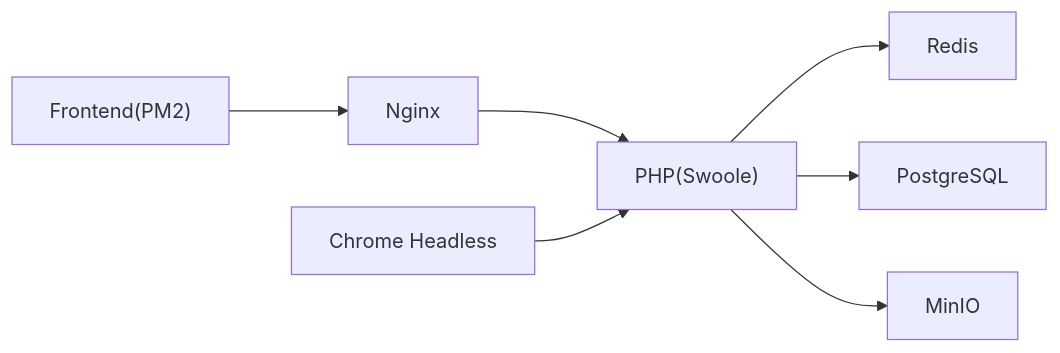
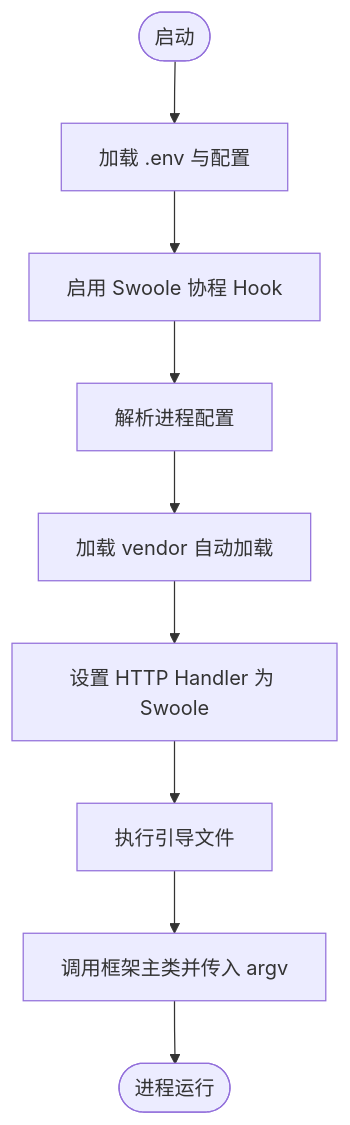
One commit to sxlianlinbin/process_rules changed the third of 3 diagrams in repowiki/zh/content/快速开始.md. Above: the diagram before and after it, drawn with Mermaid. The commit also changed other lines of this file and 207 other files, not shown here.

````diff
--- a/repowiki/zh/content/快速开始.md
+++ b/repowiki/zh/content/快速开始.md
@@ -227,9 +210,11 @@
 ```mermaid
-graph LR
-PHP["PHP(Swoole)"] --> REDIS["Redis"]
-PHP --> PG["PostgreSQL"]
-PHP --> MINIO["MinIO"]
-NGINX["Nginx"] --> PHP
-FRONT["Frontend(PM2)"] --> NGINX
-CHROME["Chrome Headless"] --> PHP
+flowchart TD
+Start(["启动"]) --> LoadEnv["加载 .env 与配置"]
+LoadEnv --> EnableHook["启用 Swoole 协程 Hook"]
+EnableHook --> ParseCfg["解析进程配置"]
+ParseCfg --> Autoload["加载 vendor 自动加载"]
+Autoload --> SetHandler["设置 HTTP Handler 为 Swoole"]
+SetHandler --> Bootstrap["执行引导文件"]
+Bootstrap --> RunMain["调用框架主类并传入 argv"]
+RunMain --> End(["进程运行"])
 ```
````
